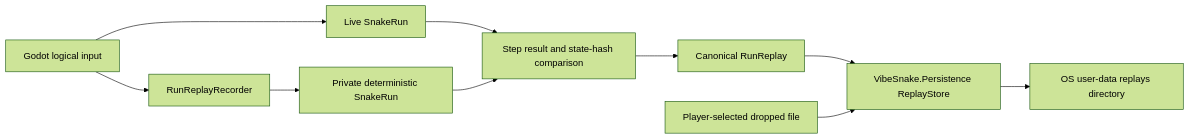
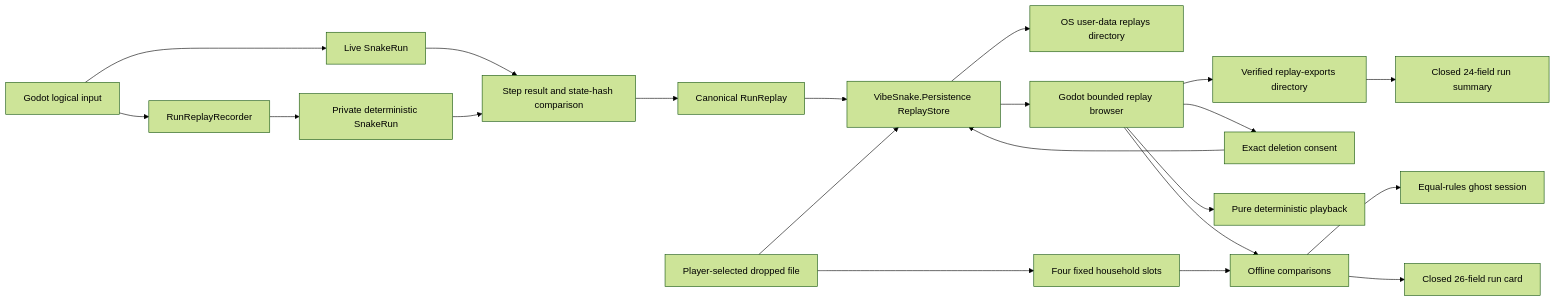
One commit to blisspixel/VibeSnake changed the diagram in docs/engineering/REPLAYS.md. Above: the diagram before and after it, drawn with Mermaid (forest theme). The commit also changed other lines of this file and 290 other files, not shown here.

Commit message:
Complete native roadmap foundation and release qualification

````diff
--- a/docs/engineering/REPLAYS.md
+++ b/docs/engineering/REPLAYS.md
@@ -34,12 +55,23 @@
 ```mermaid
 flowchart LR
     Input[Godot logical input] --> Live[Live SnakeRun]
     Input --> Recorder[RunReplayRecorder]
     Recorder --> Mirror[Private deterministic SnakeRun]
     Live --> Compare[Step result and state-hash comparison]
     Mirror --> Compare
     Compare --> Envelope[Canonical RunReplay]
     Envelope --> Store[VibeSnake.Persistence ReplayStore]
     Store --> UserData[OS user-data replays directory]
+    Store --> Browser[Godot bounded replay browser]
+    Browser --> Export[Verified replay-exports directory]
+    Export --> Summary[Closed 24-field run summary]
+    Browser --> Consent[Exact deletion consent]
+    Consent --> Store
+    Browser --> Playback[Pure deterministic playback]
     External[Player-selected dropped file] --> Store
+    Browser --> Comparison[Offline comparisons]
+    External --> Slots[Four fixed household slots]
+    Slots --> Comparison
+    Comparison --> Ghost[Equal-rules ghost session]
+    Comparison --> Card[Closed 26-field run card]
 ```
````
